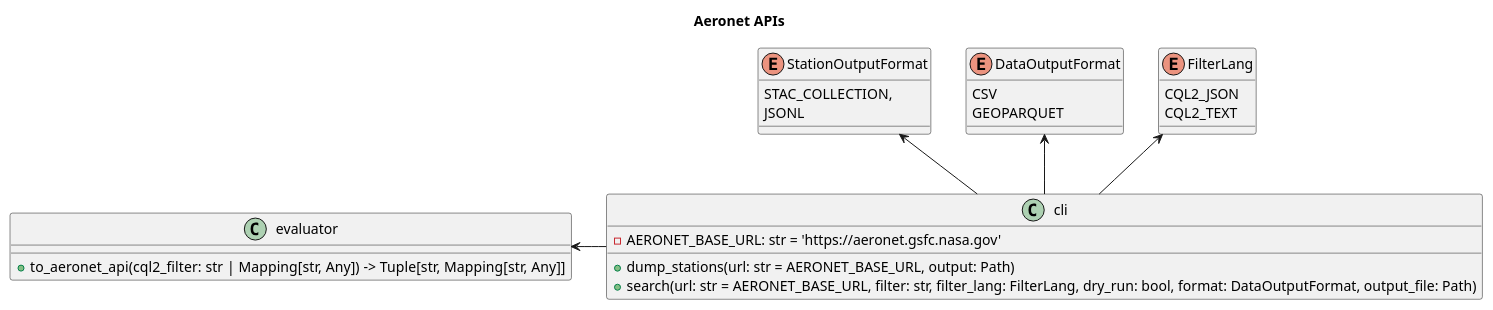
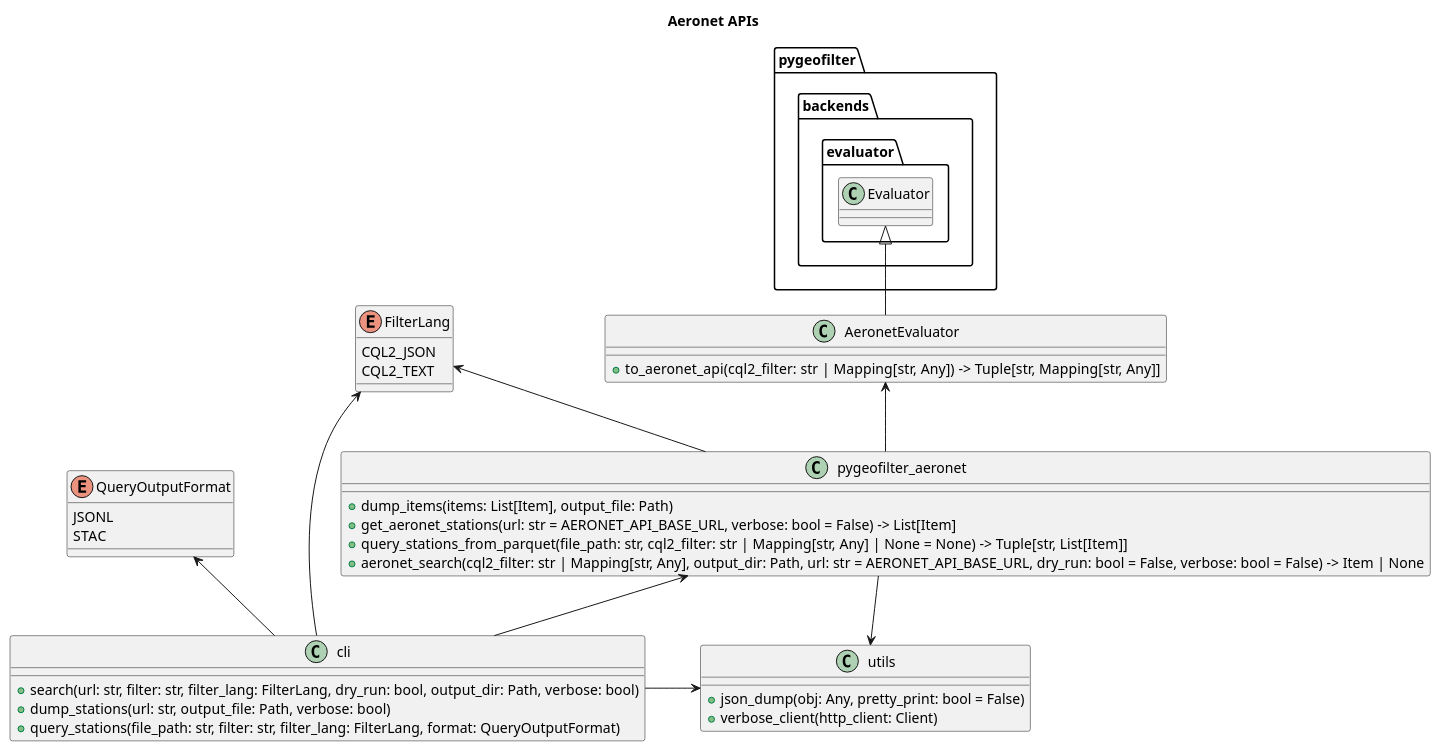
The diagram in docs/diagrams/src/class.puml (Terradue/pygeofilter-aeronet), drawn with PlantUML before and after one commit. The commit also changed 3 other files, not shown here.

Commit message:
feat: added class diagram + page

```diff
--- a/docs/diagrams/src/class.puml
+++ b/docs/diagrams/src/class.puml
@@ -1,34 +1,50 @@
 @startuml
 title Aeronet APIs
 
-enum DataOutputFormat {
-  CSV
-  GEOPARQUET
+package pygeofilter.backends.evaluator {
+    class Evaluator
 }
 
-enum FilterLang {
-  CQL2_JSON
-  CQL2_TEXT
+class AeronetEvaluator {
+    + to_aeronet_api(cql2_filter: str | Mapping[str, Any]) -> Tuple[str, Mapping[str, Any]]
 }
 
-enum StationOutputFormat {
-  STAC_COLLECTION,
-  JSONL
+AeronetEvaluator -u-|> Evaluator
+
+enum FilterLang {
+    CQL2_JSON
+    CQL2_TEXT
 }
 
-class evaluator {
-  +to_aeronet_api(cql2_filter: str | Mapping[str, Any]) -> Tuple[str, Mapping[str, Any]]
+class PygeofilterAeronet as "pygeofilter_aeronet" {
+    + dump_items(items: List[Item], output_file: Path)
+    + get_aeronet_stations(url: str = AERONET_API_BASE_URL, verbose: bool = False) -> List[Item]
+    + query_stations_from_parquet(file_path: str, cql2_filter: str | Mapping[str, Any] | None = None) -> Tuple[str, List[Item]]
+    + aeronet_search(cql2_filter: str | Mapping[str, Any], output_dir: Path, url: str = AERONET_API_BASE_URL, dry_run: bool = False, verbose: bool = False) -> Item | None
 }
 
-class cli {
-  - AERONET_BASE_URL: str = 'https://aeronet.gsfc.nasa.gov'
-  +dump_stations(url: str = AERONET_BASE_URL, output: Path)
-  +search(url: str = AERONET_BASE_URL, filter: str, filter_lang: FilterLang, dry_run: bool, format: DataOutputFormat, output_file: Path)
+enum QueryOutputFormat {
+    JSONL
+    STAC
 }
 
-cli -l-> evaluator
-cli -u-> FilterLang
-cli -u-> DataOutputFormat
-cli -u-> StationOutputFormat
+class Cli as "cli" {
+    + search(url: str, filter: str, filter_lang: FilterLang, dry_run: bool, output_dir: Path, verbose: bool)
+    + dump_stations(url: str, output_file: Path, verbose: bool)
+    + query_stations(file_path: str, filter: str, filter_lang: FilterLang, format: QueryOutputFormat)
+}
+
+class Utils as "utils" {
+    + json_dump(obj: Any, pretty_print: bool = False)
+    + verbose_client(http_client: Client)
+}
+
+PygeofilterAeronet -u-> FilterLang
+PygeofilterAeronet -u-> AeronetEvaluator
+PygeofilterAeronet -> Utils
+Cli -u-> FilterLang
+Cli -u-> QueryOutputFormat
+Cli -u-> PygeofilterAeronet
+Cli -> Utils
 
 @enduml
```
